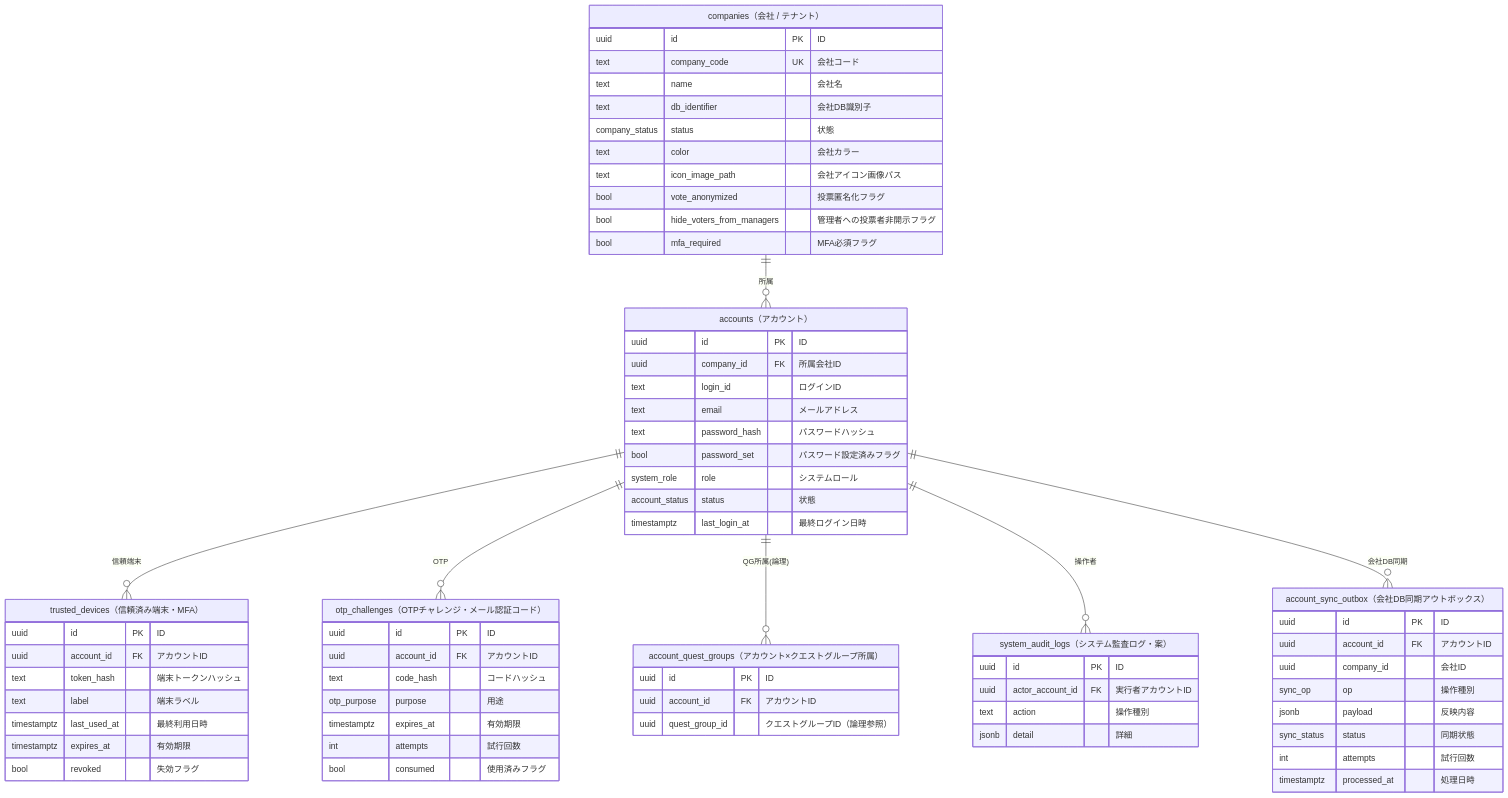
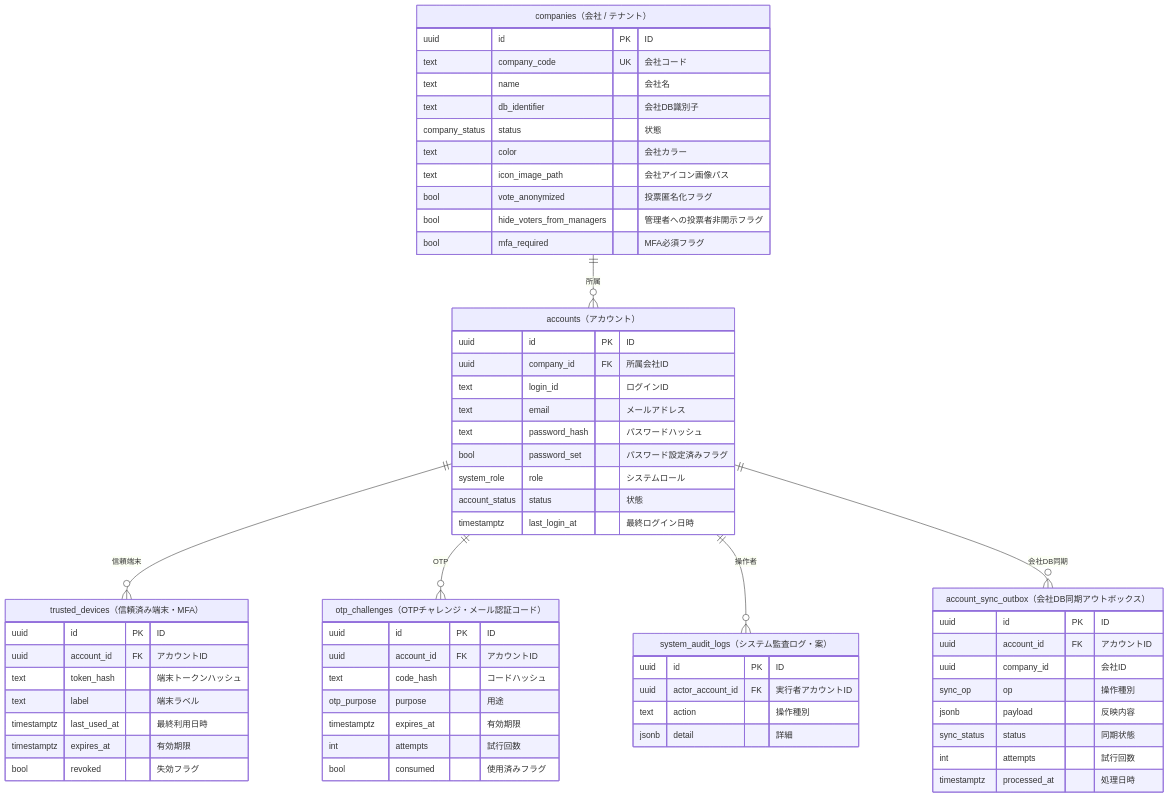
Before and after one commit to t-umekawa-sc/sc-ideaquest-G2: the second of 4 diagrams in doc/データモデル.md, drawn with Mermaid. The commit also changed other lines of this file and 4 other files, not shown here.

````diff
--- a/doc/データモデル.md
+++ b/doc/データモデル.md
@@ -151,72 +151,66 @@
 ```mermaid
 erDiagram
   companies ||--o{ accounts : "所属"
   accounts ||--o{ trusted_devices : "信頼端末"
   accounts ||--o{ otp_challenges : "OTP"
-  accounts ||--o{ account_quest_groups : "QG所属(論理)"
   accounts ||--o{ system_audit_logs : "操作者"
   accounts ||--o{ account_sync_outbox : "会社DB同期"
 
   companies["companies（会社 / テナント）"] {
     uuid id PK "ID"
     text company_code UK "会社コード"
     text name "会社名"
     text db_identifier "会社DB識別子"
     company_status status "状態"
     text color "会社カラー"
     text icon_image_path "会社アイコン画像パス"
     bool vote_anonymized "投票匿名化フラグ"
     bool hide_voters_from_managers "管理者への投票者非開示フラグ"
     bool mfa_required "MFA必須フラグ"
   }
   accounts["accounts（アカウント）"] {
     uuid id PK "ID"
     uuid company_id FK "所属会社ID"
     text login_id "ログインID"
     text email "メールアドレス"
     text password_hash "パスワードハッシュ"
     bool password_set "パスワード設定済みフラグ"
     system_role role "システムロール"
     account_status status "状態"
     timestamptz last_login_at "最終ログイン日時"
   }
   trusted_devices["trusted_devices（信頼済み端末・MFA）"] {
     uuid id PK "ID"
     uuid account_id FK "アカウントID"
     text token_hash "端末トークンハッシュ"
     text label "端末ラベル"
     timestamptz last_used_at "最終利用日時"
     timestamptz expires_at "有効期限"
     bool revoked "失効フラグ"
   }
   otp_challenges["otp_challenges（OTPチャレンジ・メール認証コード）"] {
     uuid id PK "ID"
     uuid account_id FK "アカウントID"
     text code_hash "コードハッシュ"
     otp_purpose purpose "用途"
     timestamptz expires_at "有効期限"
     int attempts "試行回数"
     bool consumed "使用済みフラグ"
   }
-  account_quest_groups["account_quest_groups（アカウント×クエストグループ所属）"] {
-    uuid id PK "ID"
-    uuid account_id FK "アカウントID"
-    uuid quest_group_id "クエストグループID（論理参照）"
-  }
   system_audit_logs["system_audit_logs（システム監査ログ・案）"] {
     uuid id PK "ID"
     uuid actor_account_id FK "実行者アカウントID"
     text action "操作種別"
     jsonb detail "詳細"
   }
   account_sync_outbox["account_sync_outbox（会社DB同期アウトボックス）"] {
     uuid id PK "ID"
     uuid account_id FK "アカウントID"
     uuid company_id "会社ID"
     sync_op op "操作種別"
     jsonb payload "反映内容"
     sync_status status "同期状態"
     int attempts "試行回数"
     timestamptz processed_at "処理日時"
   }
 ```
````
